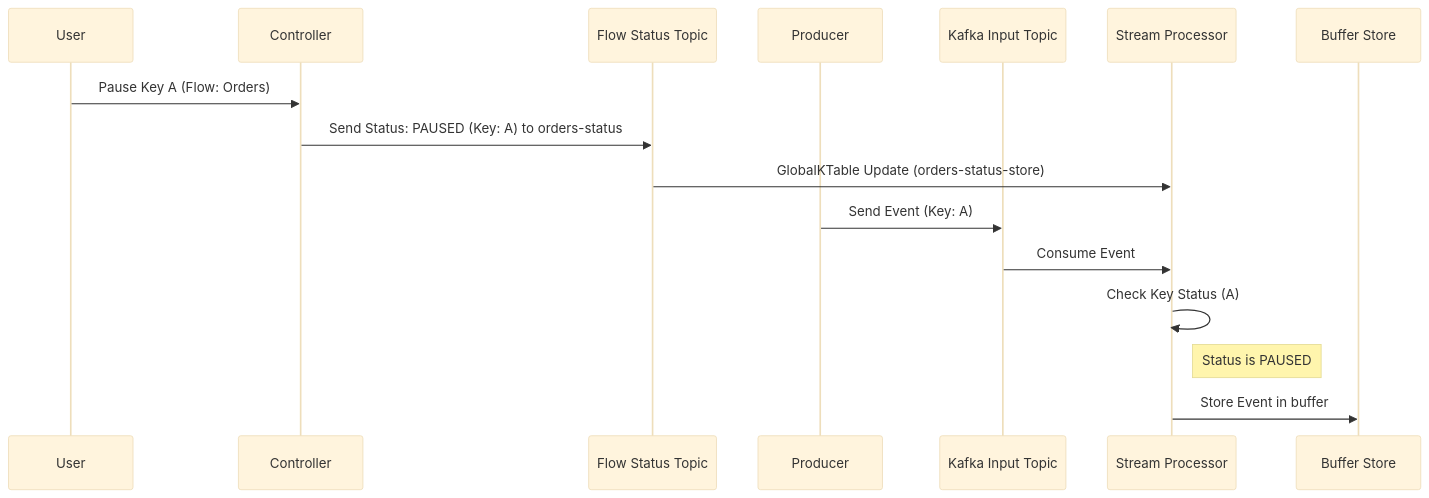
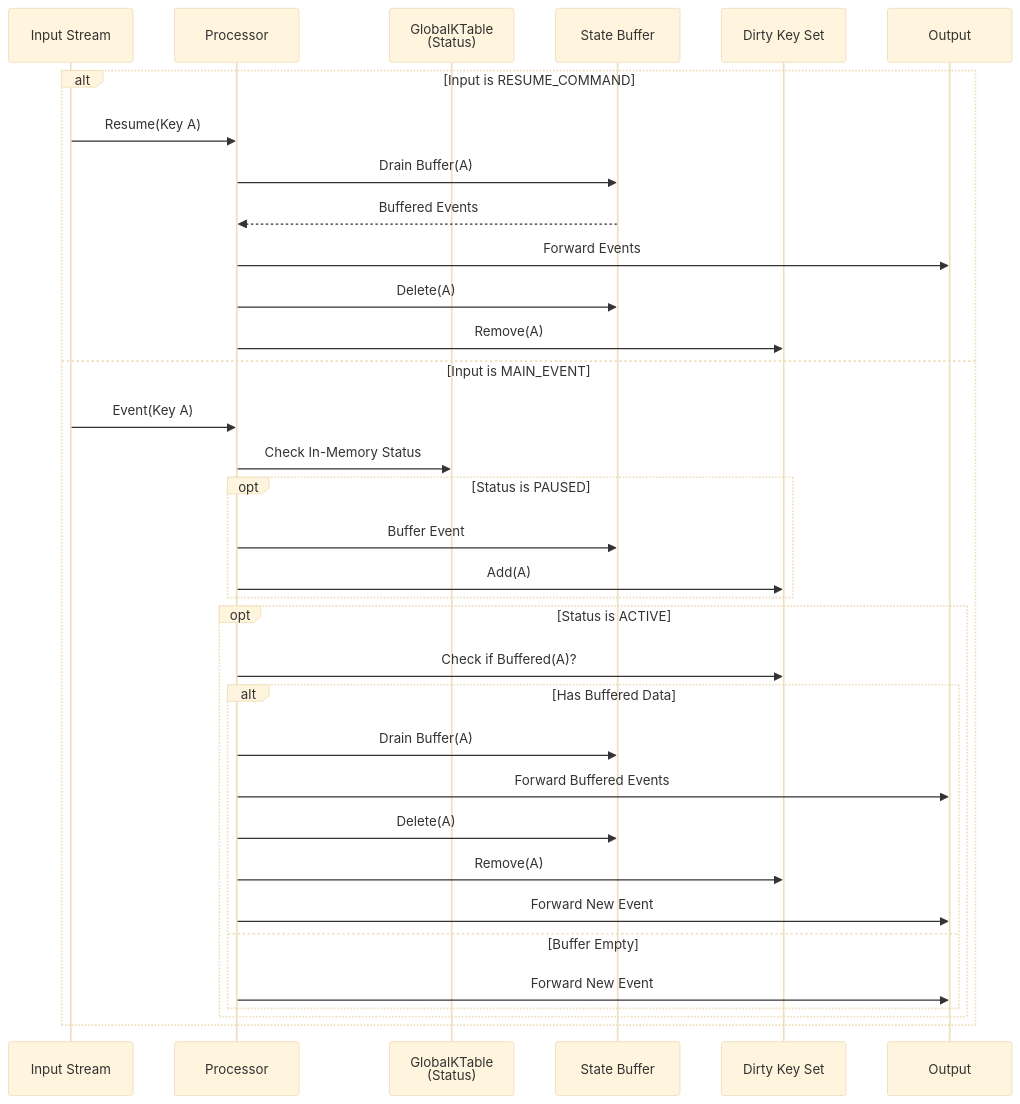
The second of 3 diagrams in README.md (beckwithviking/event-pause), drawn with Mermaid (base theme) before and after one commit. The commit also changed other lines of this file and 16 other files, not shown here.

Commit message:
new design to enforce global event order per key

````diff
--- a/README.md
+++ b/README.md
@@ -112,20 +69,39 @@
 ```mermaid
 sequenceDiagram
-    participant U as User
-    participant C as Controller
-    participant FS as Flow Status Topic
-    participant P as Producer
-    participant T as Kafka Input Topic
-    participant S as Stream Processor
-    participant B as Buffer Store
+    participant I as Input Stream
+    participant P as Processor
+    participant S as GlobalKTable<br>(Status)
+    participant B as State Buffer
+    participant M as Dirty Key Set
+    participant O as Output
 
-    U->>C: Pause Key A (Flow: Orders)
-    C->>FS: Send Status: PAUSED (Key: A) to orders-status
-    FS->>S: GlobalKTable Update (orders-status-store)
-    
-    P->>T: Send Event (Key: A)
-    T->>S: Consume Event
-    S->>S: Check Key Status (A)
-    Note right of S: Status is PAUSED
-    S->>B: Store Event in buffer
+    alt Input is RESUME_COMMAND
+        I->>P: Resume(Key A)
+        P->>B: Drain Buffer(A)
+        B-->>P: Buffered Events
+        P->>O: Forward Events
+        P->>B: Delete(A)
+        P->>M: Remove(A)
+    else Input is MAIN_EVENT
+        I->>P: Event(Key A)
+        P->>S: Check In-Memory Status
+        
+        opt Status is PAUSED
+            P->>B: Buffer Event
+            P->>M: Add(A)
+        end
+        
+        opt Status is ACTIVE
+            P->>M: Check if Buffered(A)?
+            alt Has Buffered Data
+                P->>B: Drain Buffer(A)
+                P->>O: Forward Buffered Events
+                P->>B: Delete(A)
+                P->>M: Remove(A)
+                P->>O: Forward New Event
+            else Buffer Empty
+                P->>O: Forward New Event
+            end
+        end
+    end
 ```
````
